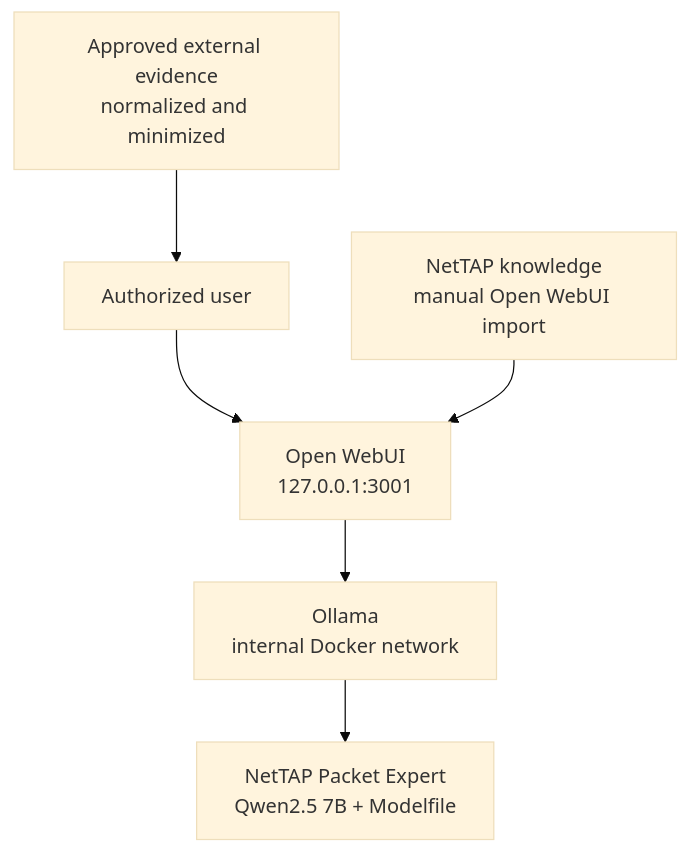
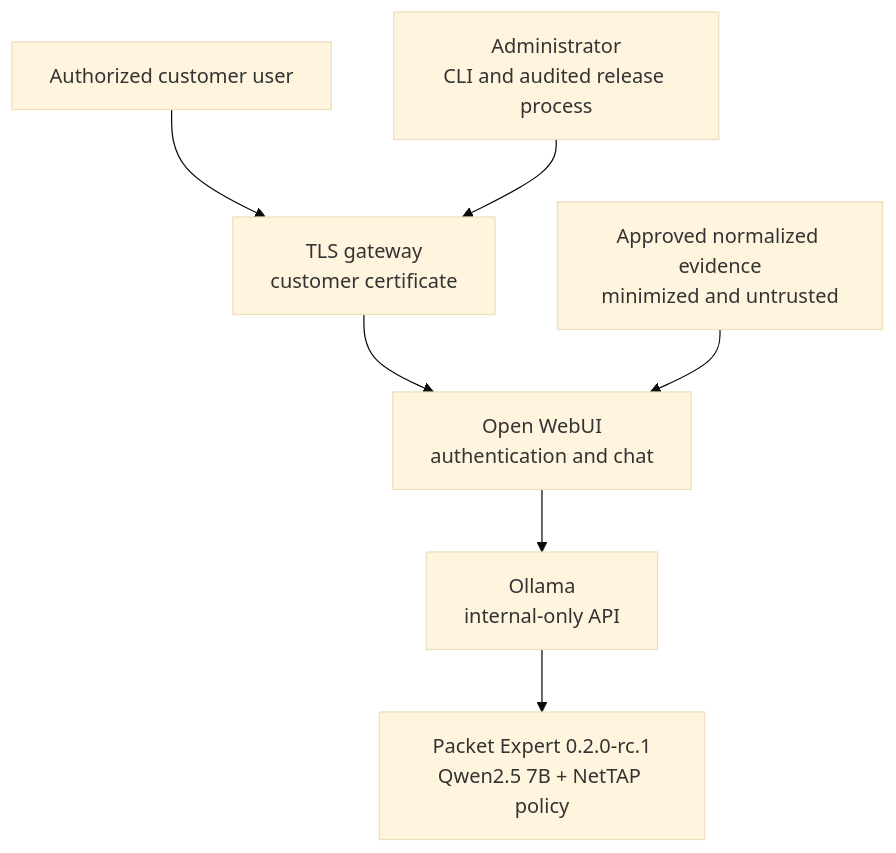
One commit to mpdwyer2367/nettap-packet-expert changed the diagram in README.md. Above: the diagram before and after it, drawn with Mermaid (base theme). The commit also changed other lines of this file and 59 other files, not shown here.

First line of the commit message:
Harden Packet Expert production candidate (#2)

````diff
--- a/README.md
+++ b/README.md
@@ -25,8 +24,9 @@
 ```mermaid
-flowchart TD
-    A["Authorized user"] --> B["Open WebUI\n127.0.0.1:3001"]
-    B --> C["Ollama\ninternal Docker network"]
-    C --> D["NetTAP Packet Expert\nQwen2.5 7B + Modelfile"]
-    E["NetTAP knowledge\nmanual Open WebUI import"] --> B
-    F["Approved external evidence\nnormalized and minimized"] --> A
+flowchart TB
+    U["Authorized customer user"] --> G["TLS gateway<br/>customer certificate"]
+    G --> W["Open WebUI<br/>authentication and chat"]
+    W --> O["Ollama<br/>internal-only API"]
+    O --> M["Packet Expert 0.2.0-rc.1<br/>Qwen2.5 7B + NetTAP policy"]
+    E["Approved normalized evidence<br/>minimized and untrusted"] --> W
+    A["Administrator<br/>CLI and audited release process"] --> G
 ```
````
